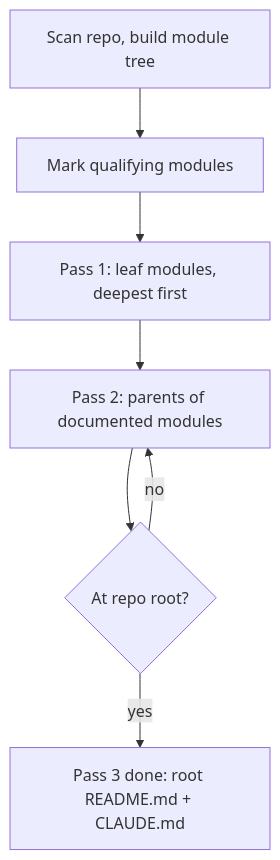
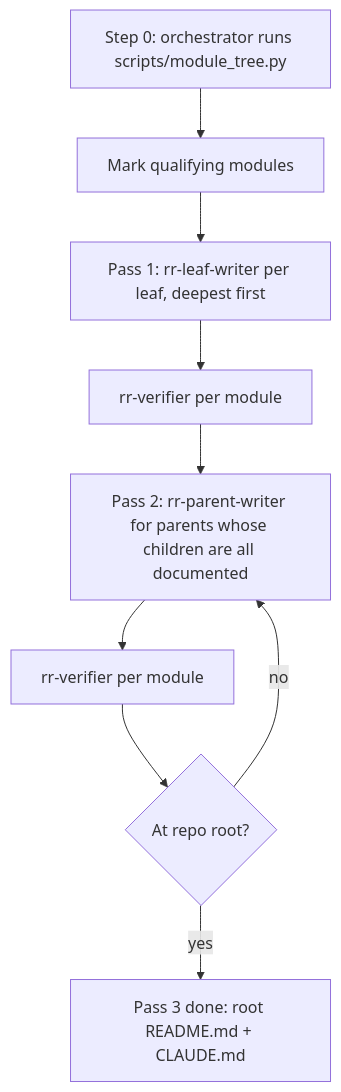
One commit to NikolasMarkou/repo-remap changed the diagram in src/SKILL.md. Above: the diagram before and after it, drawn with Mermaid. The commit also changed other lines of this file and 25 other files, not shown here.

````diff
--- a/src/SKILL.md
+++ b/src/SKILL.md
@@ -30,9 +38,11 @@
 ```mermaid
 flowchart TD
-    A[Scan repo, build module tree] --> B[Mark qualifying modules]
-    B --> C[Pass 1: leaf modules, deepest first]
-    C --> D[Pass 2: parents of documented modules]
-    D --> E{At repo root?}
+    A[Step 0: orchestrator runs scripts/module_tree.py] --> B[Mark qualifying modules]
+    B --> C[Pass 1: rr-leaf-writer per leaf, deepest first]
+    C --> V1[rr-verifier per module]
+    V1 --> D[Pass 2: rr-parent-writer for parents whose children are all documented]
+    D --> V2[rr-verifier per module]
+    V2 --> E{At repo root?}
     E -- no --> D
     E -- yes --> F[Pass 3 done: root README.md + CLAUDE.md]
 ```
````
